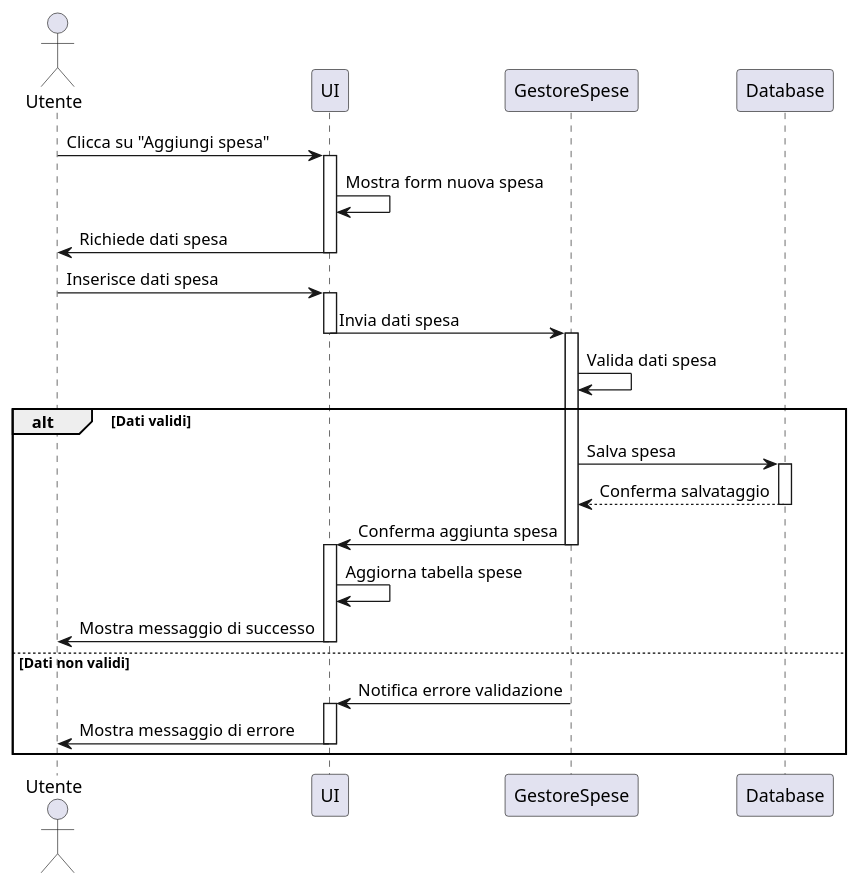
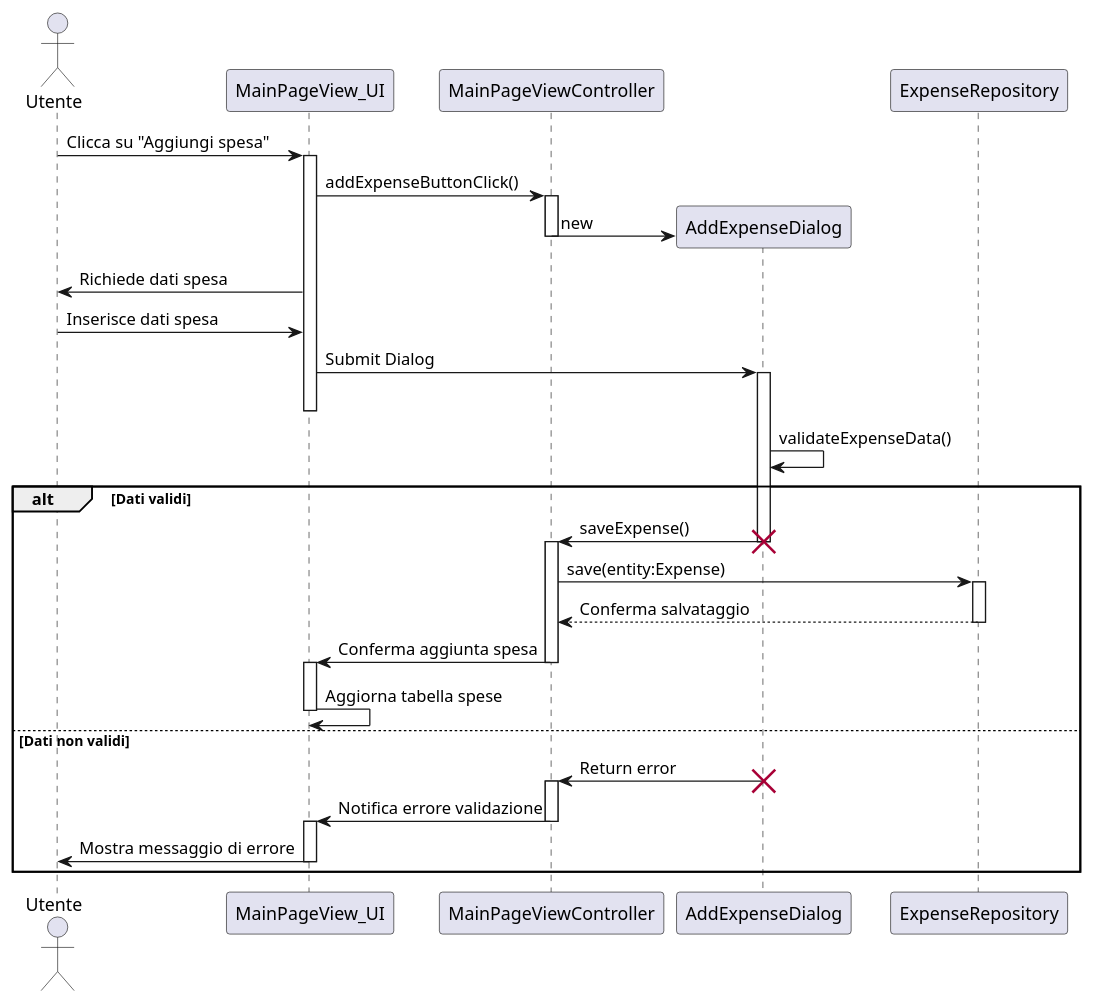
Before and after one commit to Bert0ns/ExpenseTracker: the diagram in UML/SequenceDiagram/SequenceDiagram.puml, drawn with PlantUML.

Commit message:
docs: created sequence diagram

```diff
--- a/UML/SequenceDiagram/SequenceDiagram.puml
+++ b/UML/SequenceDiagram/SequenceDiagram.puml
@@ -1,39 +1,48 @@
 @startuml
 actor Utente
-participant UI
-participant GestoreSpese
-participant Database
+participant MainPageView_UI
+participant MainPageViewController
 
-Utente -> UI: Clicca su "Aggiungi spesa"
-activate UI
-UI -> UI: Mostra form nuova spesa
-UI -> Utente: Richiede dati spesa
-deactivate UI
+Utente -> MainPageView_UI: Clicca su "Aggiungi spesa"
+activate MainPageView_UI
+MainPageView_UI -> MainPageViewController ++ : addExpenseButtonClick()
+create AddExpenseDialog
+MainPageViewController -> AddExpenseDialog -- : new
 
-Utente -> UI: Inserisce dati spesa
-activate UI
-UI -> GestoreSpese: Invia dati spesa
-deactivate UI
-activate GestoreSpese
-GestoreSpese -> GestoreSpese: Valida dati spesa
+MainPageView_UI -> Utente: Richiede dati spesa
+Utente -> MainPageView_UI: Inserisce dati spesa
+
+MainPageView_UI -> AddExpenseDialog ++: Submit Dialog
+deactivate MainPageView_UI
+
+AddExpenseDialog -> AddExpenseDialog: validateExpenseData()
 
 alt Dati validi
-    GestoreSpese -> Database: Salva spesa
-    activate Database
-    Database --> GestoreSpese: Conferma salvataggio
-    deactivate Database
-    GestoreSpese -> UI: Conferma aggiunta spesa
-    deactivate GestoreSpese
-    activate UI
-    UI -> UI: Aggiorna tabella spese
-    UI -> Utente: Mostra messaggio di successo
-    deactivate UI
+    AddExpenseDialog -> MainPageViewController : saveExpense()
+    destroy AddExpenseDialog
+
+    activate MainPageViewController
+    MainPageViewController -> ExpenseRepository: save(entity:Expense)
+    activate ExpenseRepository
+    ExpenseRepository --> MainPageViewController: Conferma salvataggio
+    deactivate ExpenseRepository
+    MainPageViewController -> MainPageView_UI : Conferma aggiunta spesa
+    deactivate MainPageViewController
+    activate MainPageView_UI
+
+    MainPageView_UI -> MainPageView_UI : Aggiorna tabella spese
+    deactivate MainPageView_UI
 else Dati non validi
-    GestoreSpese -> UI: Notifica errore validazione
-    deactivate GestoreSpese
-    activate UI
-    UI -> Utente: Mostra messaggio di errore
-    deactivate UI
+    AddExpenseDialog -> MainPageViewController : Return error
+    destroy AddExpenseDialog
+
+    activate MainPageViewController
+    MainPageViewController -> MainPageView_UI -- : Notifica errore validazione
+    activate AddExpenseDialog
+
+    activate MainPageView_UI
+    MainPageView_UI -> Utente: Mostra messaggio di errore
+    deactivate MainPageView_UI
 end
 
 @enduml
```
